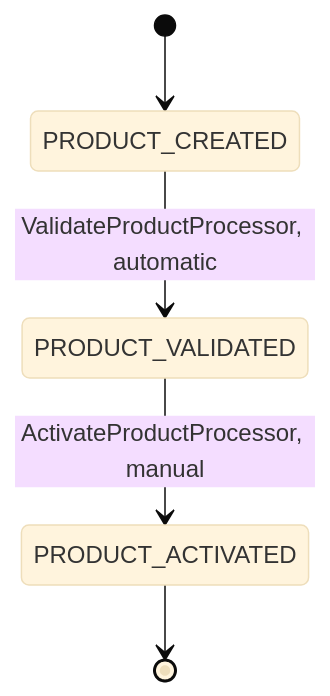
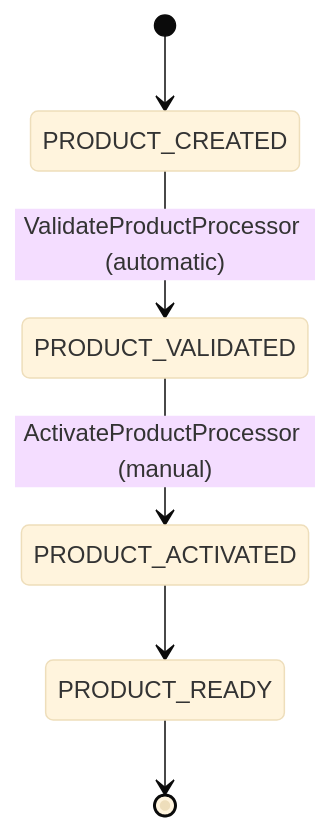
Before and after one commit to Cyoda-platform/java-client-template: the first of 5 diagrams in src/main/java/com/java_template/prototype/functional_requirement.md, drawn with Mermaid (base theme). The commit also changed other lines of this file, not shown here.

````diff
--- a/src/main/java/com/java_template/prototype/functional_requirement.md
+++ b/src/main/java/com/java_template/prototype/functional_requirement.md
@@ -69,7 +137,8 @@
 ```mermaid
 stateDiagram-v2
     [*] --> PRODUCT_CREATED
-    PRODUCT_CREATED --> PRODUCT_VALIDATED : ValidateProductProcessor, automatic
-    PRODUCT_VALIDATED --> PRODUCT_ACTIVATED : ActivateProductProcessor, manual
-    PRODUCT_ACTIVATED --> [*]
+    PRODUCT_CREATED --> PRODUCT_VALIDATED : ValidateProductProcessor (automatic)
+    PRODUCT_VALIDATED --> PRODUCT_ACTIVATED : ActivateProductProcessor (manual)
+    PRODUCT_ACTIVATED --> PRODUCT_READY
+    PRODUCT_READY --> [*]
 ```
````
